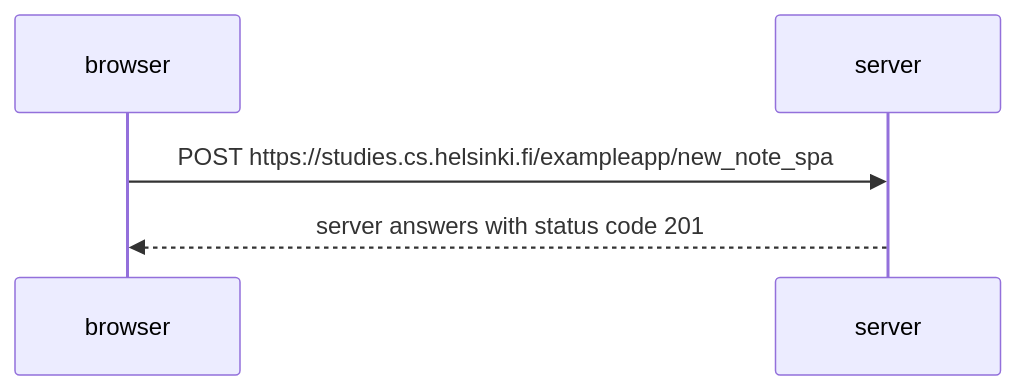
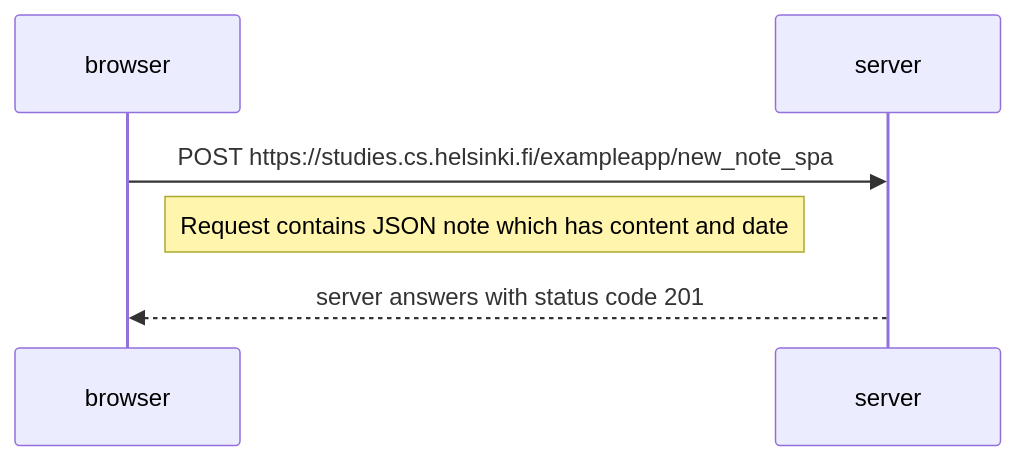
The diagram in Tehtävä 0.6.md (Waltter2211/Full-stack-palautus), drawn with Mermaid before and after one commit.

Commit message:
Update Tehtävä 0.6.md

````diff
--- a/Tehtävä 0.6.md
+++ b/Tehtävä 0.6.md
@@ -1,8 +1,9 @@
 ```mermaid
 sequenceDiagram
     participant browser
     participant server
     
     browser->>server: POST https://studies.cs.helsinki.fi/exampleapp/new_note_spa
+    Note right of browser: Request contains JSON note which has content and date
     server-->>browser: server answers with status code 201
 ```
````
